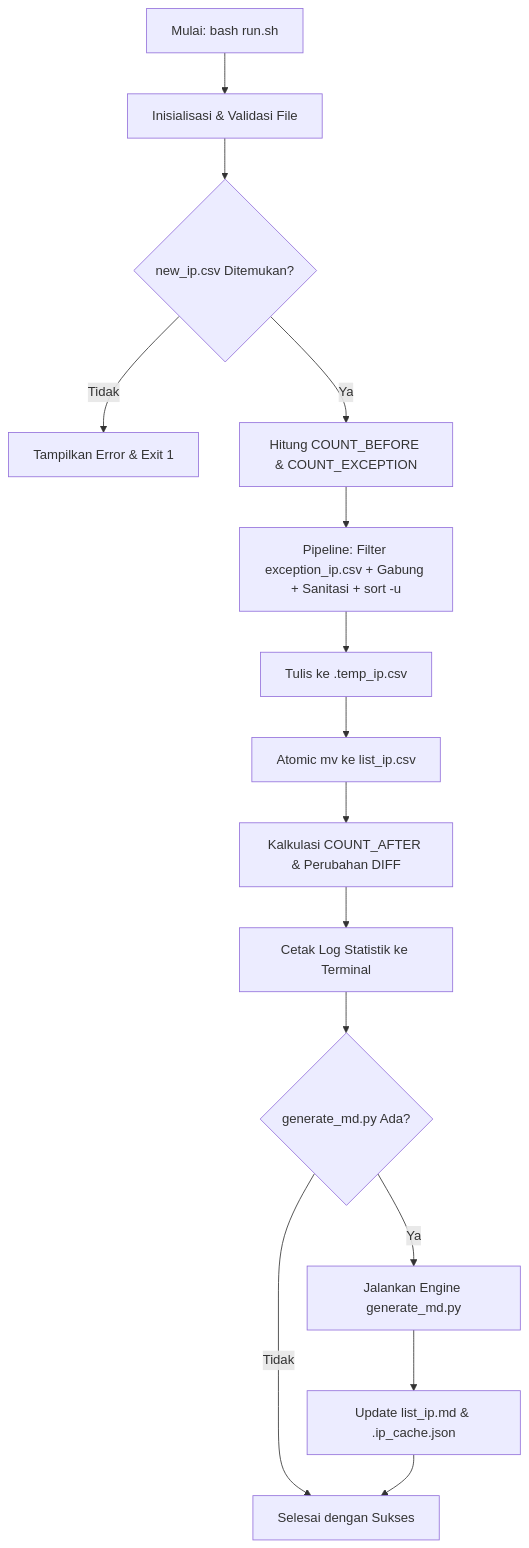
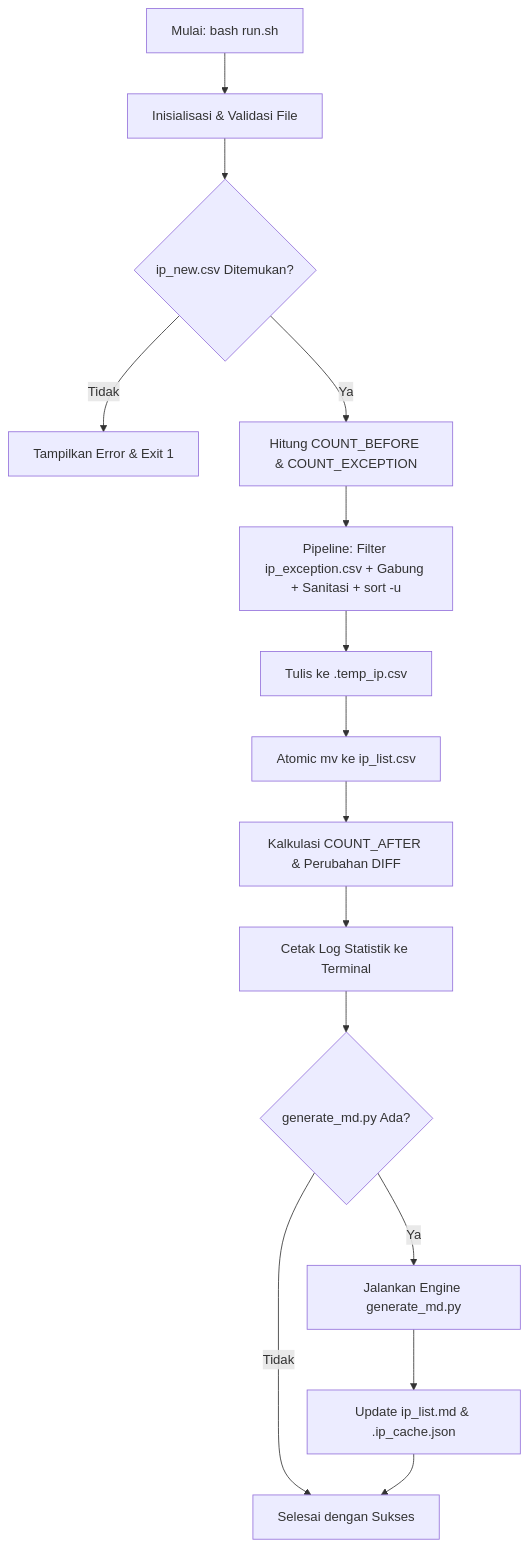
Before and after one commit to blawoblowa/blackened: the diagram in README.md, drawn with Mermaid. The commit also changed other lines of this file and 8 other files, not shown here.

````diff
--- a/README.md
+++ b/README.md
@@ -123,17 +123,17 @@
 ```mermaid
 flowchart TD
     A[Mulai: bash run.sh] --> B[Inisialisasi & Validasi File]
-    B --> C{new_ip.csv Ditemukan?}
+    B --> C{ip_new.csv Ditemukan?}
     C -- Tidak --> D[Tampilkan Error & Exit 1]
     C -- Ya --> E[Hitung COUNT_BEFORE & COUNT_EXCEPTION]
-    E --> F[Pipeline: Filter exception_ip.csv + Gabung + Sanitasi + sort -u]
+    E --> F[Pipeline: Filter ip_exception.csv + Gabung + Sanitasi + sort -u]
     F --> G[Tulis ke .temp_ip.csv]
-    G --> H[Atomic mv ke list_ip.csv]
+    G --> H[Atomic mv ke ip_list.csv]
     H --> I[Kalkulasi COUNT_AFTER & Perubahan DIFF]
     I --> J[Cetak Log Statistik ke Terminal]
     J --> K{generate_md.py Ada?}
     K -- Ya --> L[Jalankan Engine generate_md.py]
-    L --> M[Update list_ip.md & .ip_cache.json]
+    L --> M[Update ip_list.md & .ip_cache.json]
     K -- Tidak --> N[Selesai]
     M --> N[Selesai dengan Sukses]
 ```
````
